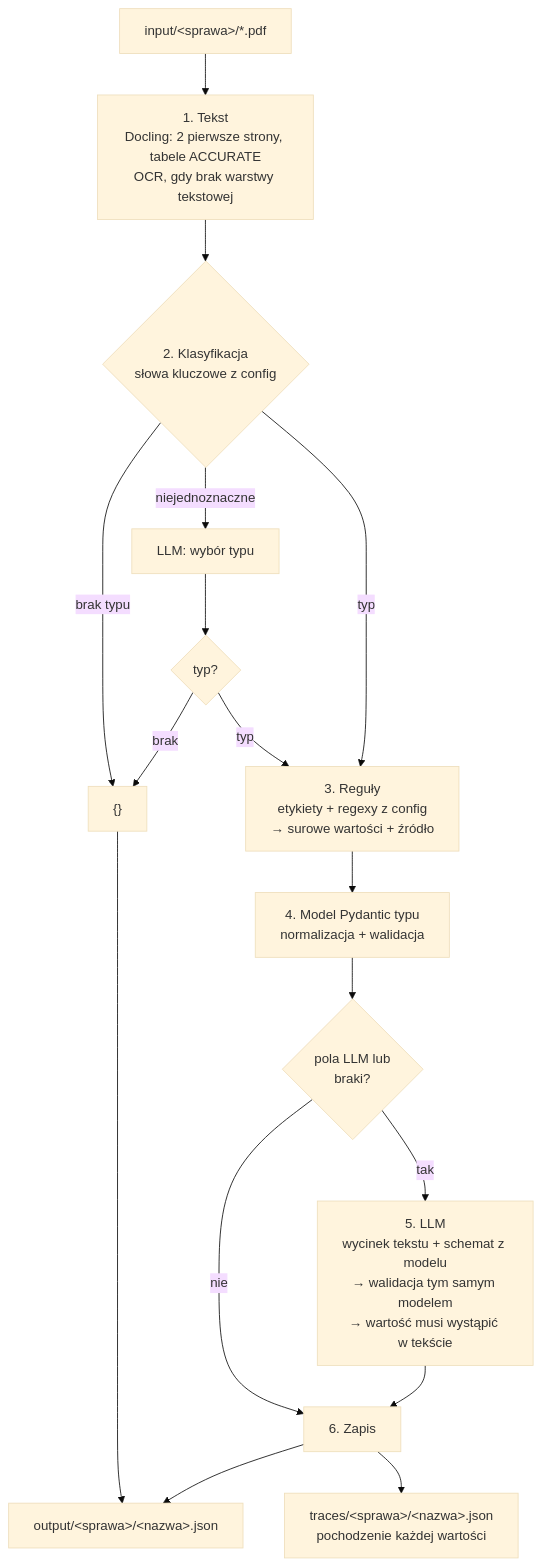
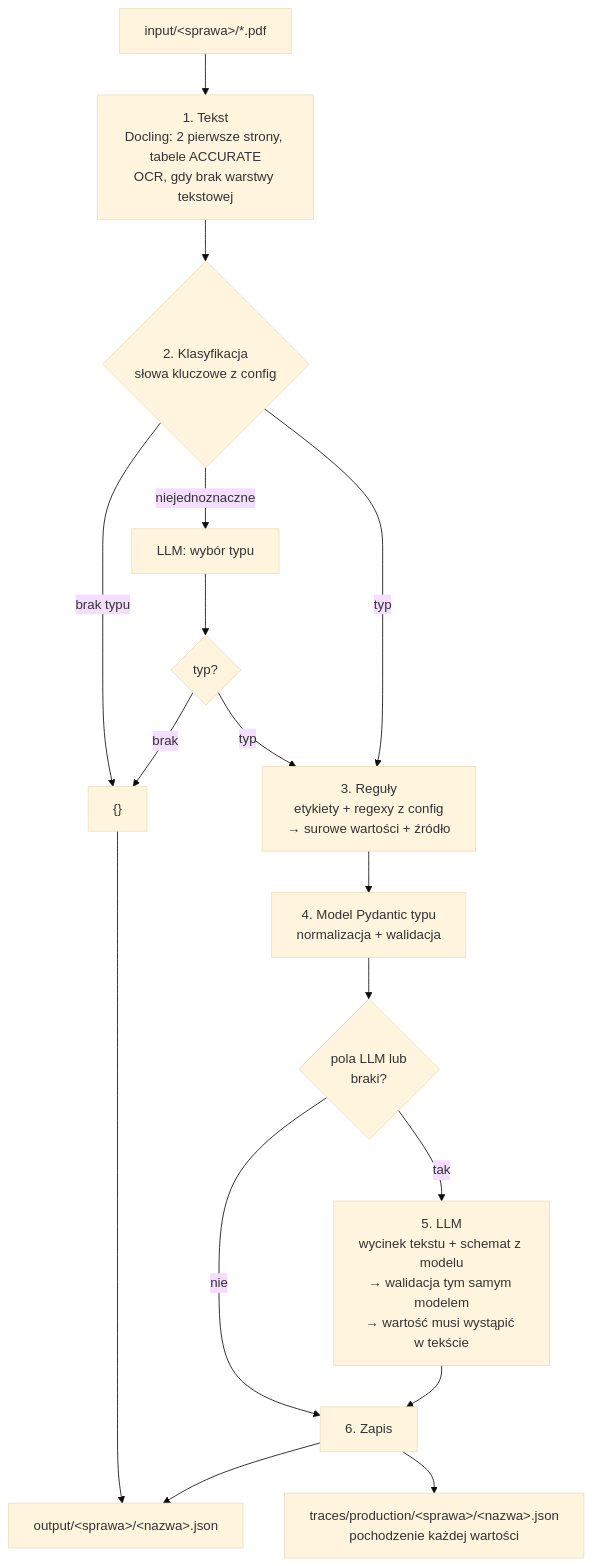
One commit to witold-nowogorski/hacknation--2026 changed the first of 5 diagrams in docs/architecture.md. Above: the diagram before and after it, drawn with Mermaid (base theme). The commit also changed other lines of this file and 9 other files, not shown here.

````diff
--- a/docs/architecture.md
+++ b/docs/architecture.md
@@ -16,18 +16,18 @@
 ```mermaid
 flowchart TD
     A["input/#lt;sprawa#gt;/*.pdf"] --> B["1. Tekst<br/>Docling: 2 pierwsze strony, tabele ACCURATE<br/>OCR, gdy brak warstwy tekstowej"]
     B --> C{"2. Klasyfikacja<br/>słowa kluczowe z config"}
     C -- "brak typu" --> E["{}"]
     C -- "niejednoznaczne" --> CL["LLM: wybór typu"] --> C2{typ?}
     C2 -- "brak" --> E
     C2 -- "typ" --> D
     C -- "typ" --> D["3. Reguły<br/>etykiety + regexy z config<br/>→ surowe wartości + źródło"]
     D --> M["4. Model Pydantic typu<br/>normalizacja + walidacja"]
     M --> Q{"pola LLM lub<br/>braki?"}
     Q -- "nie" --> W
     Q -- "tak" --> L["5. LLM<br/>wycinek tekstu + schemat z modelu<br/>→ walidacja tym samym modelem<br/>→ wartość musi wystąpić w tekście"]
     L --> W["6. Zapis"]
     W --> O["output/#lt;sprawa#gt;/#lt;nazwa#gt;.json"]
-    W --> T["traces/#lt;sprawa#gt;/#lt;nazwa#gt;.json<br/>pochodzenie każdej wartości"]
+    W --> T["traces/production/#lt;sprawa#gt;/#lt;nazwa#gt;.json<br/>pochodzenie każdej wartości"]
     E --> O
 ```
````
